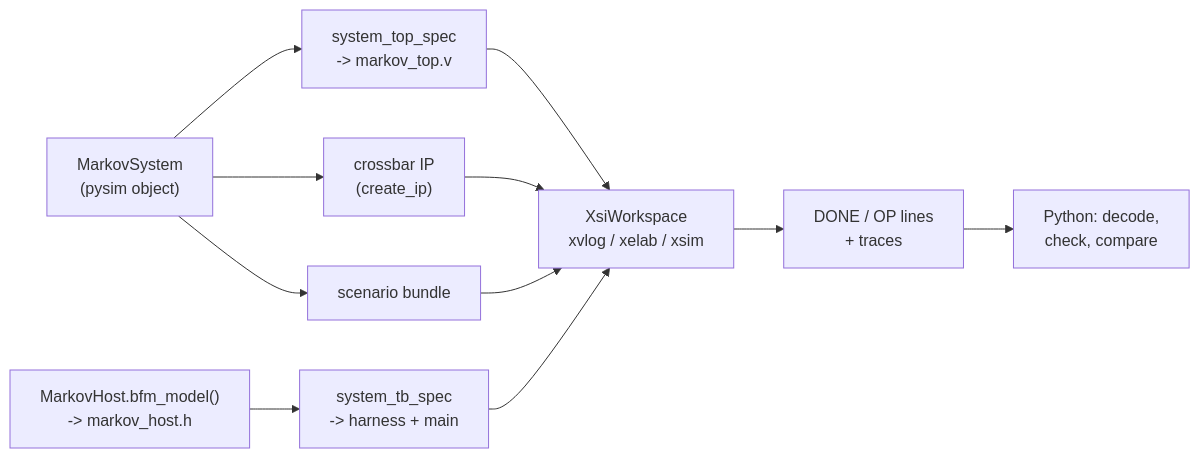
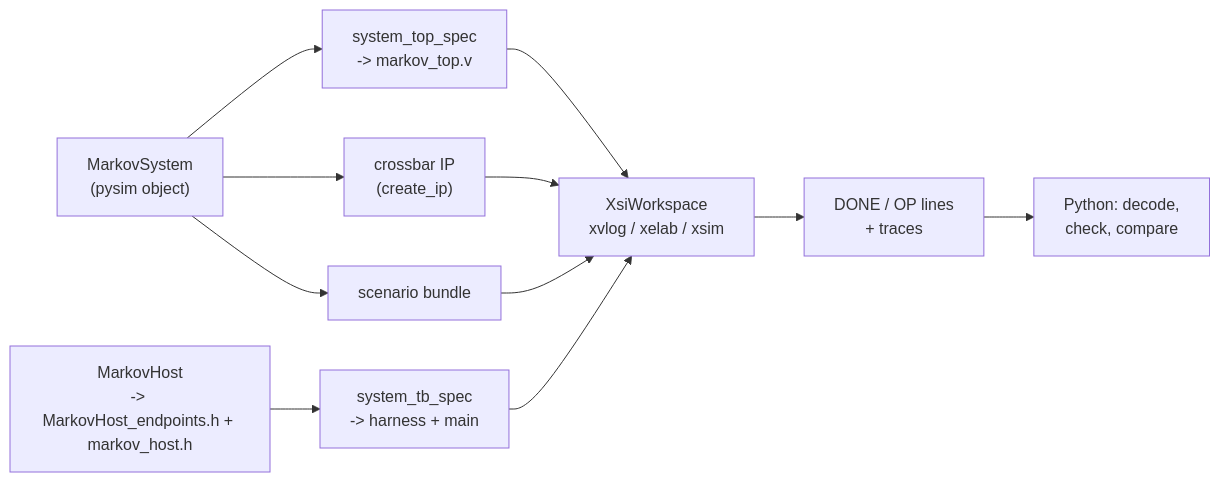
Before and after one commit to sdrangan/waveflow: the diagram in docs/examples/markov/xsi.md, drawn with Mermaid. The commit also changed other lines of this file and 11 other files, not shown here.

First line of the commit message:
host_runtime S5: run_system_xsi(sysm) -- a system at RTL from its pysim object

````diff
--- a/docs/examples/markov/xsi.md
+++ b/docs/examples/markov/xsi.md
@@ -19,12 +20,12 @@
 ```mermaid
 flowchart LR
   sys["MarkovSystem<br/>(pysim object)"] --> top["system_top_spec<br/>-> markov_top.v"]
   sys --> ip["crossbar IP<br/>(create_ip)"]
-  host["MarkovHost.bfm_model()<br/>-> markov_host.h"] --> tb["system_tb_spec<br/>-> harness + main"]
+  host["MarkovHost<br/>-> MarkovHost_endpoints.h + markov_host.h"] --> tb["system_tb_spec<br/>-> harness + main"]
   sys --> scen["scenario bundle"]
   top --> ws["XsiWorkspace<br/>xvlog / xelab / xsim"]
   ip --> ws
   tb --> ws
   scen --> ws
   ws --> out["DONE / OP lines<br/>+ traces"] --> py["Python: decode,<br/>check, compare"]
 ```
````
